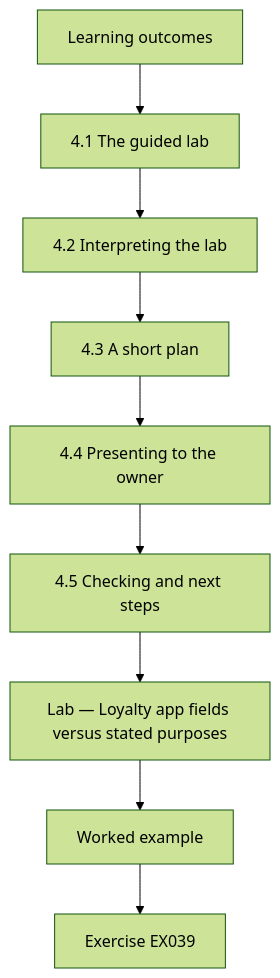
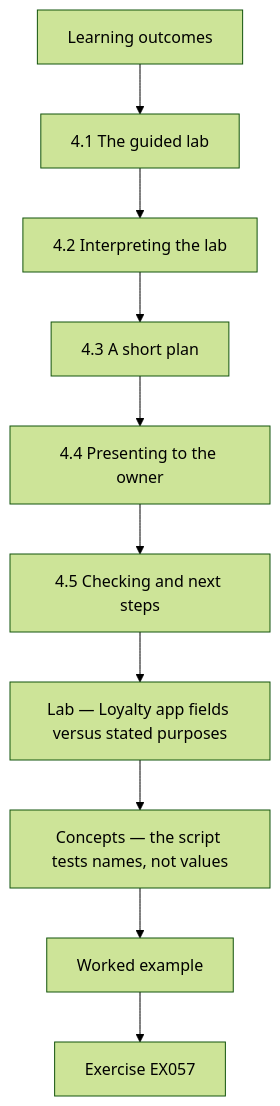
One commit to hiagokinlevi/CyKin changed the tenth of 12 diagrams in levels/rapid-1-month/privacy-data-protection/en/book/MANUSCRIPT.md. Above: the diagram before and after it, drawn with Mermaid (forest theme). The commit also changed other lines of this file and 1 other file, not shown here.

````diff
--- a/levels/rapid-1-month/privacy-data-protection/en/book/MANUSCRIPT.md
+++ b/levels/rapid-1-month/privacy-data-protection/en/book/MANUSCRIPT.md
@@ -395,13 +571,14 @@
 ```mermaid
 flowchart TD
   N0["Learning outcomes"]
   N1["4.1 The guided lab"]
   N2["4.2 Interpreting the lab"]
   N3["4.3 A short plan"]
   N4["4.4 Presenting to the owner"]
   N5["4.5 Checking and next steps"]
   N6["Lab — Loyalty app fields versus stated purposes"]
-  N0 --> N1 --> N2 --> N3 --> N4 --> N5 --> N6
-  N6 --> EX["Worked example"]
-  EX --> Q["Exercise EX039"]
+  N7["Concepts — the script tests names, not values"]
+  N0 --> N1 --> N2 --> N3 --> N4 --> N5 --> N6 --> N7
+  N7 --> EX["Worked example"]
+  EX --> Q["Exercise EX057"]
 ```
````
